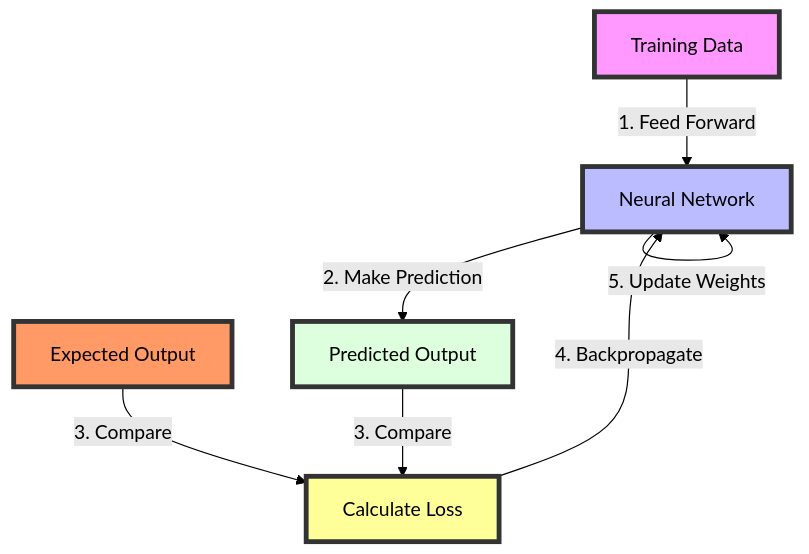
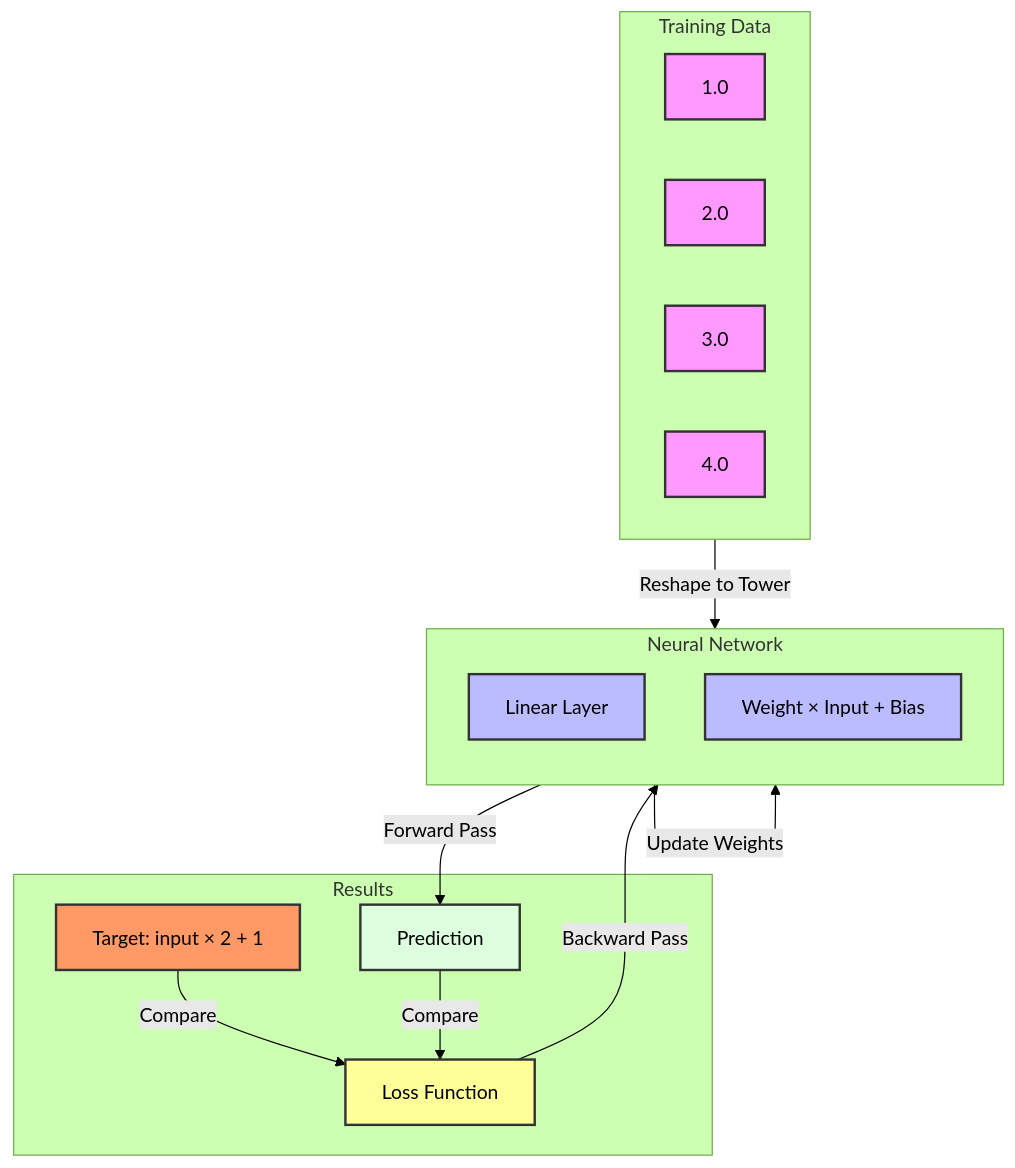
Before and after one commit to Jitpomi/neural_gear_series: the diagram in README.md, drawn with Mermaid (forest theme).

Commit message:
read me refined

````diff
--- a/README.md
+++ b/README.md
@@ -7,15 +7,40 @@
 ```mermaid
-flowchart TD
-    A[Training Data] -->|1. Feed Forward| B[Neural Network]
-    B -->|2. Make Prediction| C[Predicted Output]
-    D[Expected Output] -->|3. Compare| E[Calculate Loss]
-    C -->|3. Compare| E
-    E -->|4. Backpropagate| B
-    B -->|5. Update Weights| B
-    
-    style A fill:#f9f,stroke:#333,stroke-width:4px
-    style B fill:#bbf,stroke:#333,stroke-width:4px
-    style C fill:#dfd,stroke:#333,stroke-width:4px
-    style D fill:#f96,stroke:#333,stroke-width:4px
-    style E fill:#ff9,stroke:#333,stroke-width:4px
+graph TB
+    subgraph Input[Training Data]
+        A1[1.0]
+        A2[2.0]
+        A3[3.0]
+        A4[4.0]
+    end
+
+    subgraph Network[Neural Network]
+        direction TB
+        M1[Linear Layer]
+        M2[Weight × Input + Bias]
+    end
+
+    subgraph Output[Results]
+        P[Prediction]
+        T[Target: input × 2 + 1]
+        L[Loss Function]
+    end
+
+    Input --> |Reshape to Tower| Network
+    Network --> |Forward Pass| P
+    T --> |Compare| L
+    P --> |Compare| L
+    L --> |Backward Pass| Network
+    Network --> |Update Weights| Network
+
+    classDef input fill:#f9f,stroke:#333,stroke-width:2px
+    classDef network fill:#bbf,stroke:#333,stroke-width:2px,color:#000
+    classDef output fill:#dfd,stroke:#333,stroke-width:2px
+    classDef target fill:#f96,stroke:#333,stroke-width:2px
+    classDef loss fill:#ff9,stroke:#333,stroke-width:2px
+
+    class A1,A2,A3,A4 input
+    class M1,M2 network
+    class P output
+    class T target
+    class L loss
 ```
````
